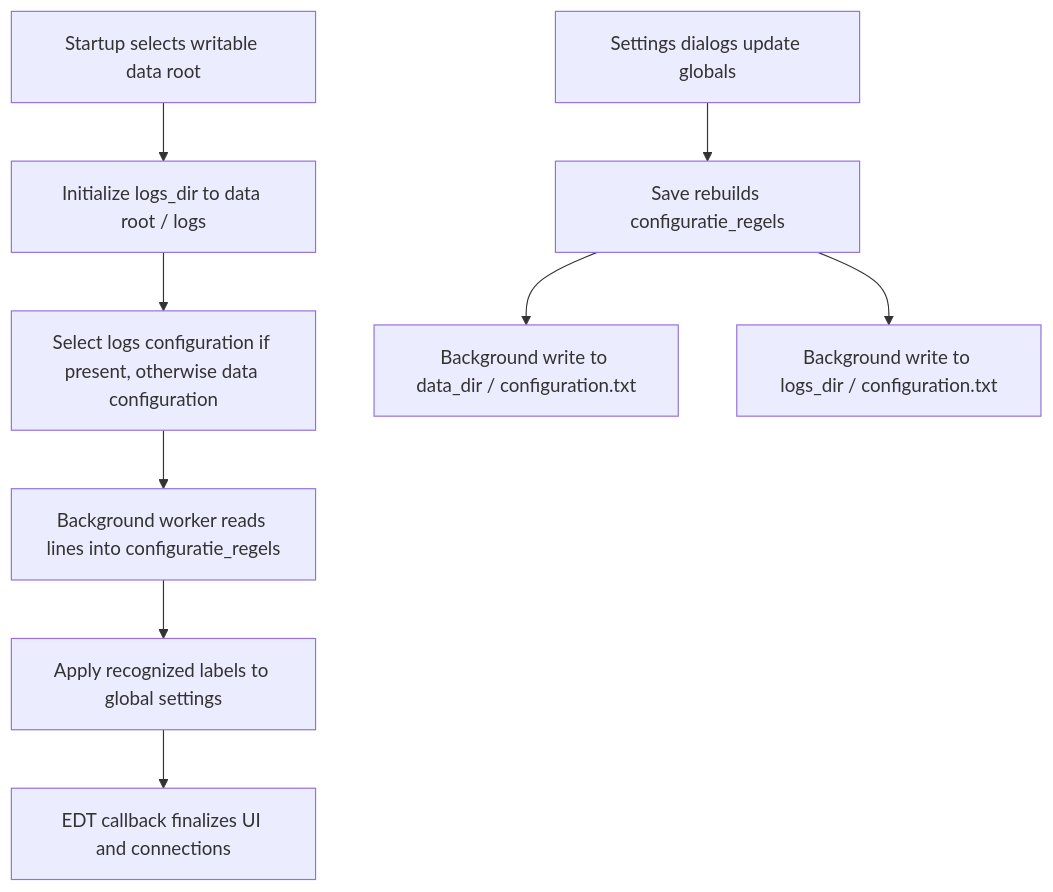
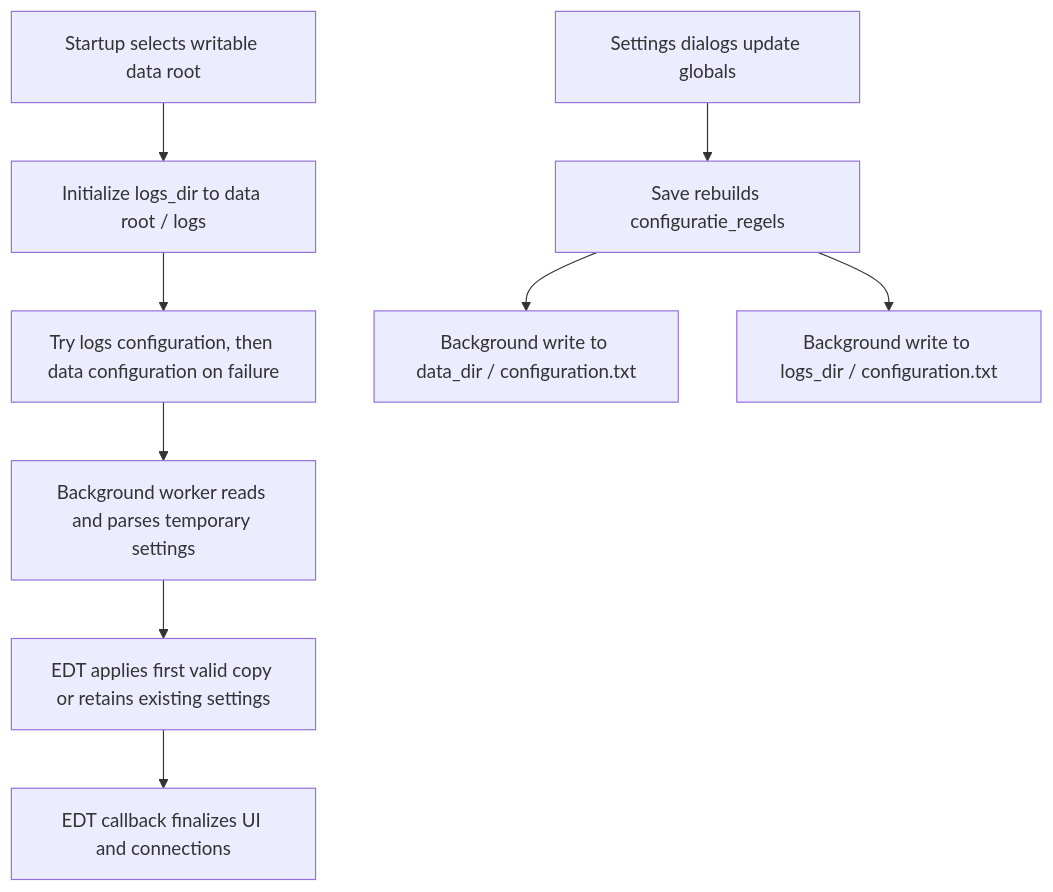
One commit to DeutscherWetterdienst/turbowin changed the diagram in documentation/configuration_persistence.md. Above: the diagram before and after it, drawn with Mermaid. The commit also changed other lines of this file and 10 other files, not shown here.

````diff
--- a/documentation/configuration_persistence.md
+++ b/documentation/configuration_persistence.md
@@ -19,11 +19,11 @@
 ```mermaid
 flowchart TD
     A[Startup selects writable data root] --> B[Initialize logs_dir to data root / logs]
-    B --> C[Select logs configuration if present, otherwise data configuration]
-    C --> D[Background worker reads lines into configuratie_regels]
-    D --> E[Apply recognized labels to global settings]
+    B --> C[Try logs configuration, then data configuration on failure]
+    C --> D[Background worker reads and parses temporary settings]
+    D --> E[EDT applies first valid copy or retains existing settings]
     E --> F[EDT callback finalizes UI and connections]
     G[Settings dialogs update globals] --> H[Save rebuilds configuratie_regels]
     H --> I[Background write to data_dir / configuration.txt]
     H --> J[Background write to logs_dir / configuration.txt]
 ```
````
